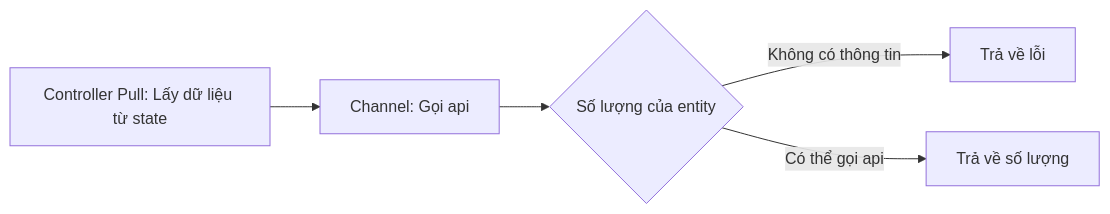
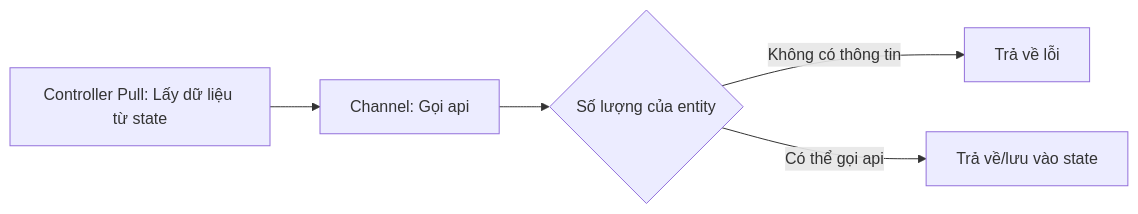
One commit to WuzenLiz/markdown changed the fourth of 4 diagrams in pseudoAllFunction.md. Above: the diagram before and after it, drawn with Mermaid. The commit also changed other lines of this file, not shown here.

Commit message:
update graph

````diff
--- a/pseudoAllFunction.md
+++ b/pseudoAllFunction.md
@@ -57,6 +57,6 @@
     ```mermaid
     flowchart LR
         A[Controller Pull: Lấy dữ liệu từ state ] --> B[Channel: Gọi api] --> C{Số lượng của entity} 
         C --> |Không có thông tin| E[Trả về lỗi]
-        C --> |Có thể gọi api| F[Trả về số lượng]
+        C --> |Có thể gọi api| F[Trả về/lưu vào state]
     ```
````
